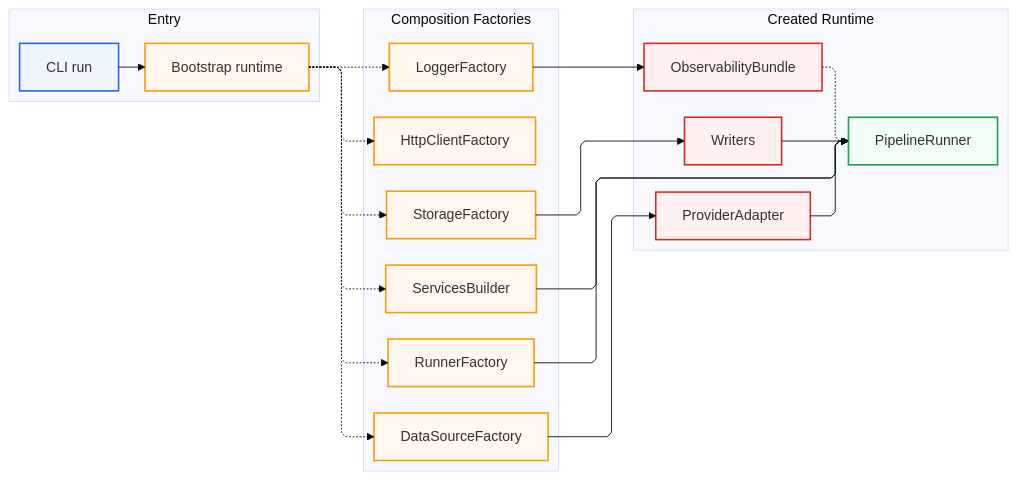
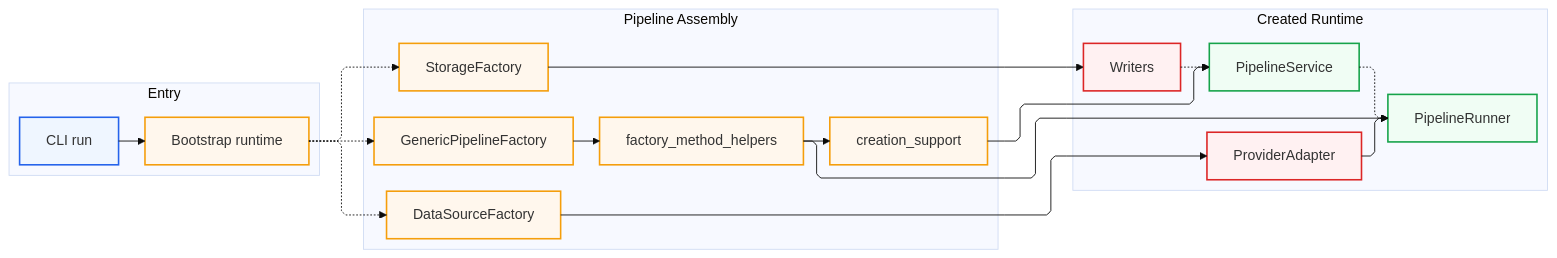
One commit to SatoryKono/BioactivityDataAcquisition changed the diagram in docs/02-architecture/diagrams/views/28-composition-root-di-graph-overview.mermaid. Above: the diagram before and after it, drawn with Mermaid. The commit also changed 6 other files, not shown here.

First line of the commit message:
Refactor composition & bootstrap diagrams

```diff
--- a/docs/02-architecture/diagrams/views/28-composition-root-di-graph-overview.mermaid
+++ b/docs/02-architecture/diagrams/views/28-composition-root-di-graph-overview.mermaid
@@ -1,56 +1,53 @@
 %% View: Overview | Parent: 28-composition-root-di-graph-full.mermaid
 %% Decomposed overview for DI assembly path.
 %% @uniform width=220 height=64 max_title_len=22 max_desc_lines=1
 %%{init: {'layout':'elk','theme':'base','flowchart':{'nodeSpacing':50,'rankSpacing':64,'curve':'linear'},'elk':{'mergeEdges':true,'edgeRouting':'ORTHOGONAL','nodePlacementStrategy':'BRANDES_KOEPF'}}}%%
 flowchart LR
     subgraph Entry["Entry"]
         CLI["CLI run"]
         BOOT["Bootstrap runtime"]
     end
 
-    subgraph Factories["Composition Factories"]
+    subgraph Factories["Pipeline Assembly"]
         direction TB
-        LOGF["LoggerFactory"]
-        HCF["HttpClientFactory"]
+        GPF["GenericPipelineFactory"]
+        FMH["factory_method_helpers"]
+        CS["creation_support"]
         DSF["DataSourceFactory"]
         STF["StorageFactory"]
-        SVC["ServicesBuilder"]
-        RF["RunnerFactory"]
     end
 
     subgraph Runtime["Created Runtime"]
         direction TB
         RUN["PipelineRunner"]
+        PS["PipelineService"]
         ADP["ProviderAdapter"]
         WR["Writers"]
-        OBS["ObservabilityBundle"]
     end
 
     CLI --> BOOT
-    BOOT -.-> LOGF
-    BOOT -.-> HCF
+    BOOT -.-> GPF
+    GPF --> FMH
+    FMH --> CS
     BOOT -.-> DSF
     BOOT -.-> STF
-    BOOT -.-> SVC
-    BOOT -.-> RF
 
     DSF --> ADP
     STF --> WR
-    LOGF --> OBS
-    SVC --> RUN
-    RF --> RUN
+    CS --> PS
+    FMH --> RUN
     ADP --> RUN
-    WR --> RUN
-    OBS -.-> RUN
+    WR -.-> PS
+    PS -.-> RUN
 
     classDef layer_application fill:#f0fdf4,stroke:#16a34a,stroke-width:1.8px;
     classDef layer_infrastructure fill:#fff1f2,stroke:#dc2626,stroke-width:1.8px;
     classDef layer_composition fill:#fff7ed,stroke:#f59e0b,stroke-width:1.8px;
     classDef layer_interfaces fill:#eff6ff,stroke:#2563eb,stroke-width:1.8px;
     classDef service fill:#f0fdf4,stroke:#16a34a,stroke-width:1.6px;
     classDef process fill:#f0fdf4,stroke:#16a34a,stroke-width:1.4px,stroke-dasharray:3 2;
 
-    class RUN layer_application;
-    class ADP,WR,OBS layer_infrastructure;
-    class BOOT,LOGF,HCF,DSF,STF,SVC,RF layer_composition;
+    class RUN,PS layer_application;
+    class ADP,WR layer_infrastructure;
+    class BOOT,GPF,FMH,CS,DSF,STF layer_composition;
     class CLI layer_interfaces;
```
